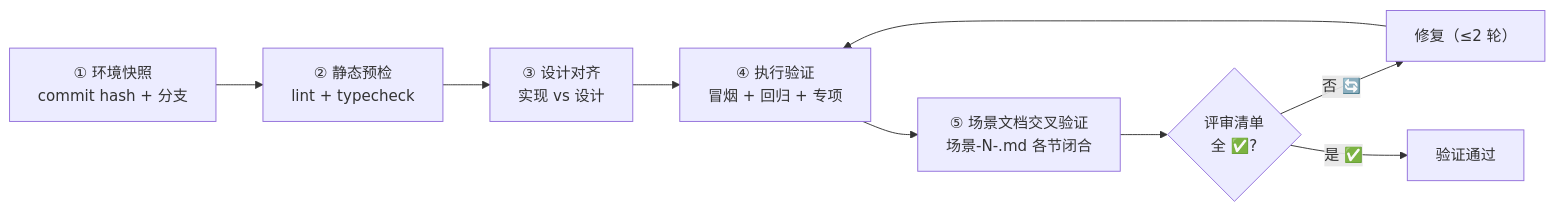
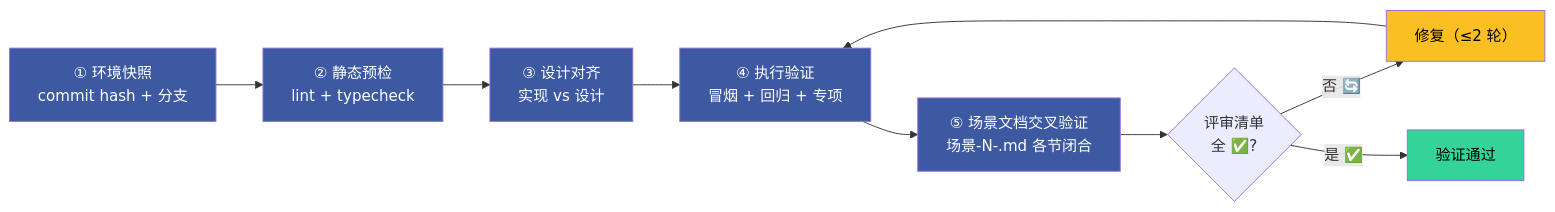
One commit to effiy/YrY changed the sixth of 9 diagrams in rules/code-pipeline.md. Above: the diagram before and after it, drawn with Mermaid. The commit also changed other lines of this file and 341 other files, not shown here.

````diff
--- a/rules/code-pipeline.md
+++ b/rules/code-pipeline.md
@@ -187,13 +191,15 @@
 ```mermaid
 flowchart LR
     S1["① 环境快照<br/>commit hash + 分支"]:::step --> S2["② 静态预检<br/>lint + typecheck"]:::step
     S2 --> S3["③ 设计对齐<br/>实现 vs 设计"]:::step
     S3 --> S4["④ 执行验证<br/>冒烟 + 回归 + 专项"]:::step
     S4 --> S5["⑤ 场景文档交叉验证<br/>场景-N-<slug>.md 各节闭合"]:::step
     S5 --> CHK{"评审清单<br/>全 ✅?"}
     CHK -->|"否 🔄"| FIX["修复（≤2 轮）"]:::fix
     FIX --> S4
     CHK -->|"是 ✅"| PASS["验证通过"]:::pass
 
-
+    classDef step fill:#3d59a1,color:#fff
+    classDef fix fill:#fbbf24,color:#000
+    classDef pass fill:#34d399,color:#000
 ```
````
